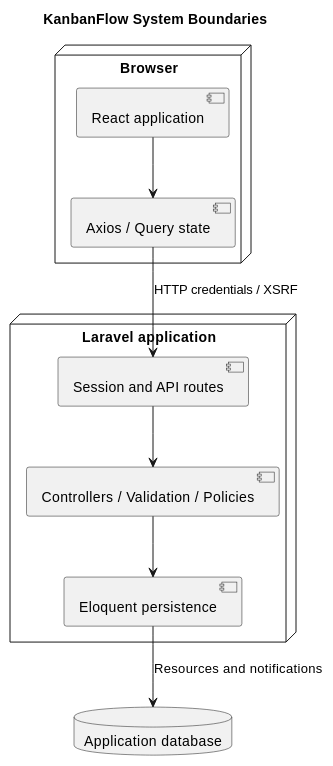
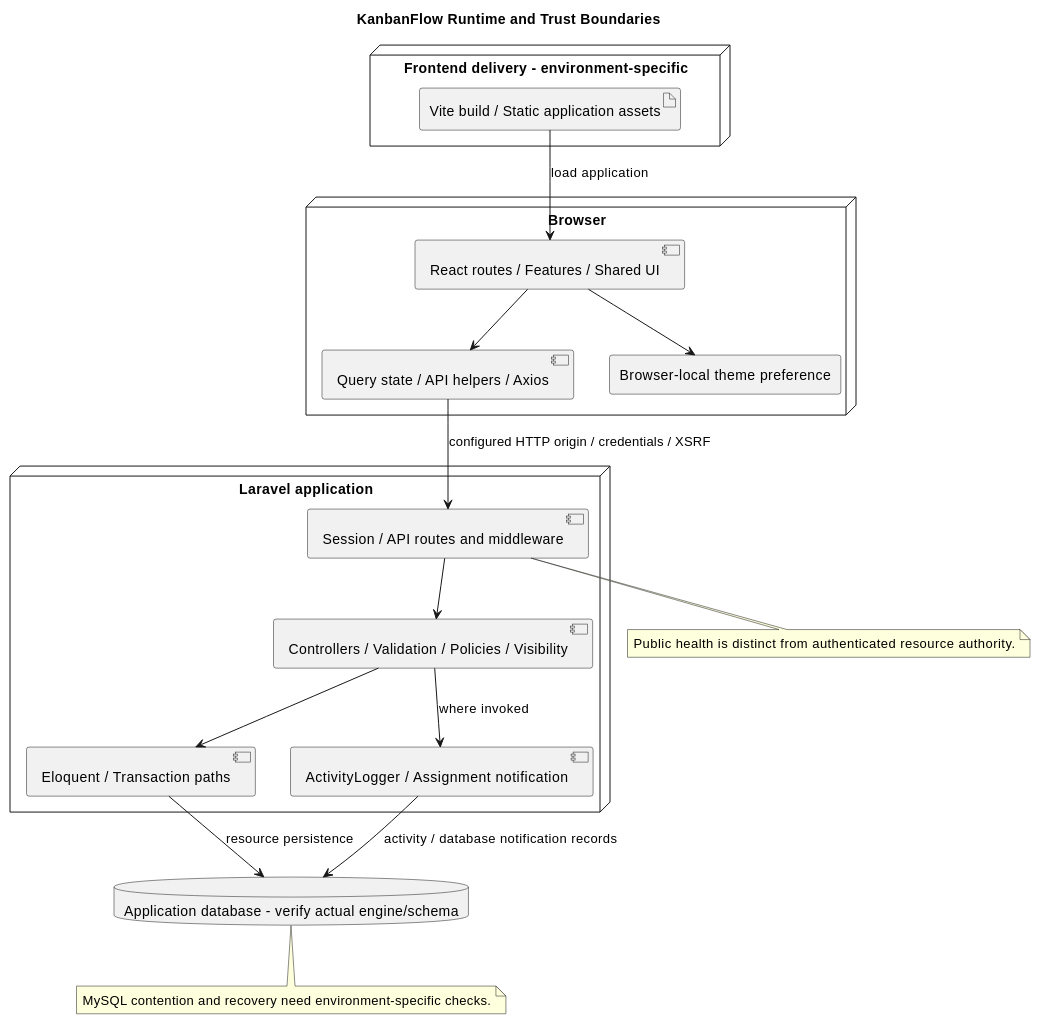
Before and after one commit to Farhad-Valizadegan/Web-KanbanFlow: the diagram in docs/SDLC/04-design/system-architecture-diagram.md, drawn with PlantUML. The commit also changed other lines of this file and 2 other files, not shown here.

Commit message:
docs: complete system architecture runtime and verification boundaries

````diff
--- a/docs/SDLC/04-design/system-architecture-diagram.md
+++ b/docs/SDLC/04-design/system-architecture-diagram.md
@@ -30,20 +116,31 @@
 ```plantuml
 @startuml
-title KanbanFlow System Boundaries
-node Browser {
- component "React application" as UI
- component "Axios / Query state" as Client
+title KanbanFlow Runtime and Trust Boundaries
+node "Browser" {
+ component "React routes / Features / Shared UI" as UI
+ component "Query state / API helpers / Axios" as Client
+ rectangle "Browser-local theme preference" as Theme
  UI --> Client
+ UI --> Theme
+}
+node "Frontend delivery - environment-specific" {
+ artifact "Vite build / Static application assets" as Bundle
 }
 node "Laravel application" {
- component "Session and API routes" as Routes
- component "Controllers / Validation / Policies" as Controls
- component "Eloquent persistence" as Models
+ component "Session / API routes and middleware" as Routes
+ component "Controllers / Validation / Policies / Visibility" as Controls
+ component "Eloquent / Transaction paths" as Models
+ component "ActivityLogger / Assignment notification" as Effects
  Routes --> Controls
  Controls --> Models
+ Controls --> Effects : where invoked
 }
-database "Application database" as DB
-Client --> Routes : HTTP credentials / XSRF
-Models --> DB : Resources and notifications
+database "Application database - verify actual engine/schema" as DB
+Bundle --> UI : load application
+Client --> Routes : configured HTTP origin / credentials / XSRF
+Models --> DB : resource persistence
+Effects --> DB : activity / database notification records
+note bottom of DB : MySQL contention and recovery need environment-specific checks.
+note bottom of Routes : Public health is distinct from authenticated resource authority.
 @enduml
 ```
````
